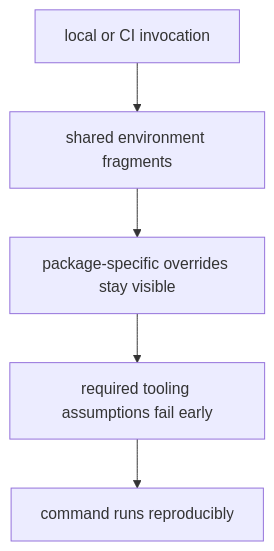
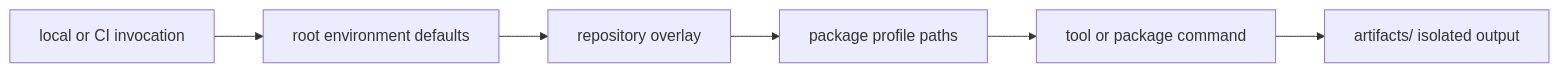
Before and after one commit to bijux/bijux-proteomics: the diagram in docs/08-bijux-proteomics-maintain/makes/environment-model.md, drawn with Mermaid. The commit also changed other lines of this file and 2 other files, not shown here.

Commit message:
docs(make): define command dispatch model

````diff
--- a/docs/08-bijux-proteomics-maintain/makes/environment-model.md
+++ b/docs/08-bijux-proteomics-maintain/makes/environment-model.md
@@ -16,13 +31,10 @@
 ```mermaid
-flowchart TB
-    input["local or CI invocation"]
-    env["shared environment fragments"]
-    override["package-specific overrides stay visible"]
-    assumption["required tooling assumptions fail early"]
-    run["command runs reproducibly"]
-
-    input --> env
-    env --> override
-    override --> assumption
-    assumption --> run
+flowchart LR
+    invoke["local or CI invocation"]
+    root["root environment defaults"]
+    overlay["repository overlay"]
+    package["package profile paths"]
+    check["tool or package command"]
+    output["artifacts/ isolated output"]
+    invoke --> root --> overlay --> package --> check --> output
 ```
````
